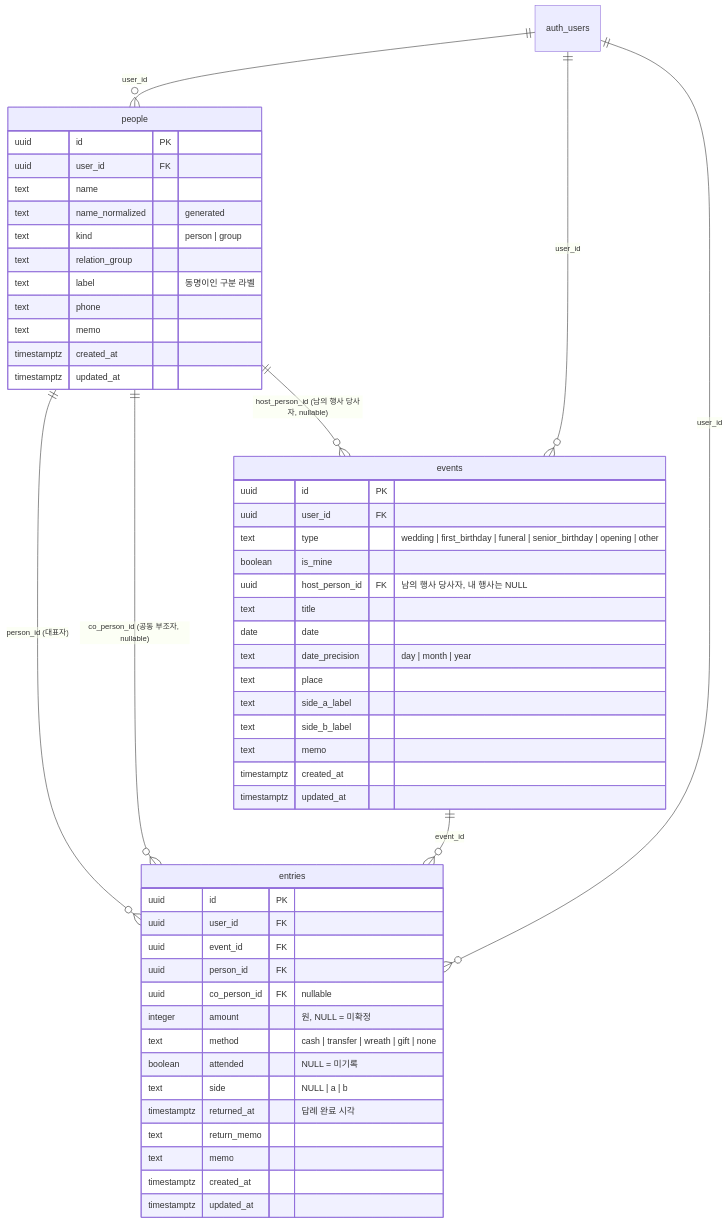
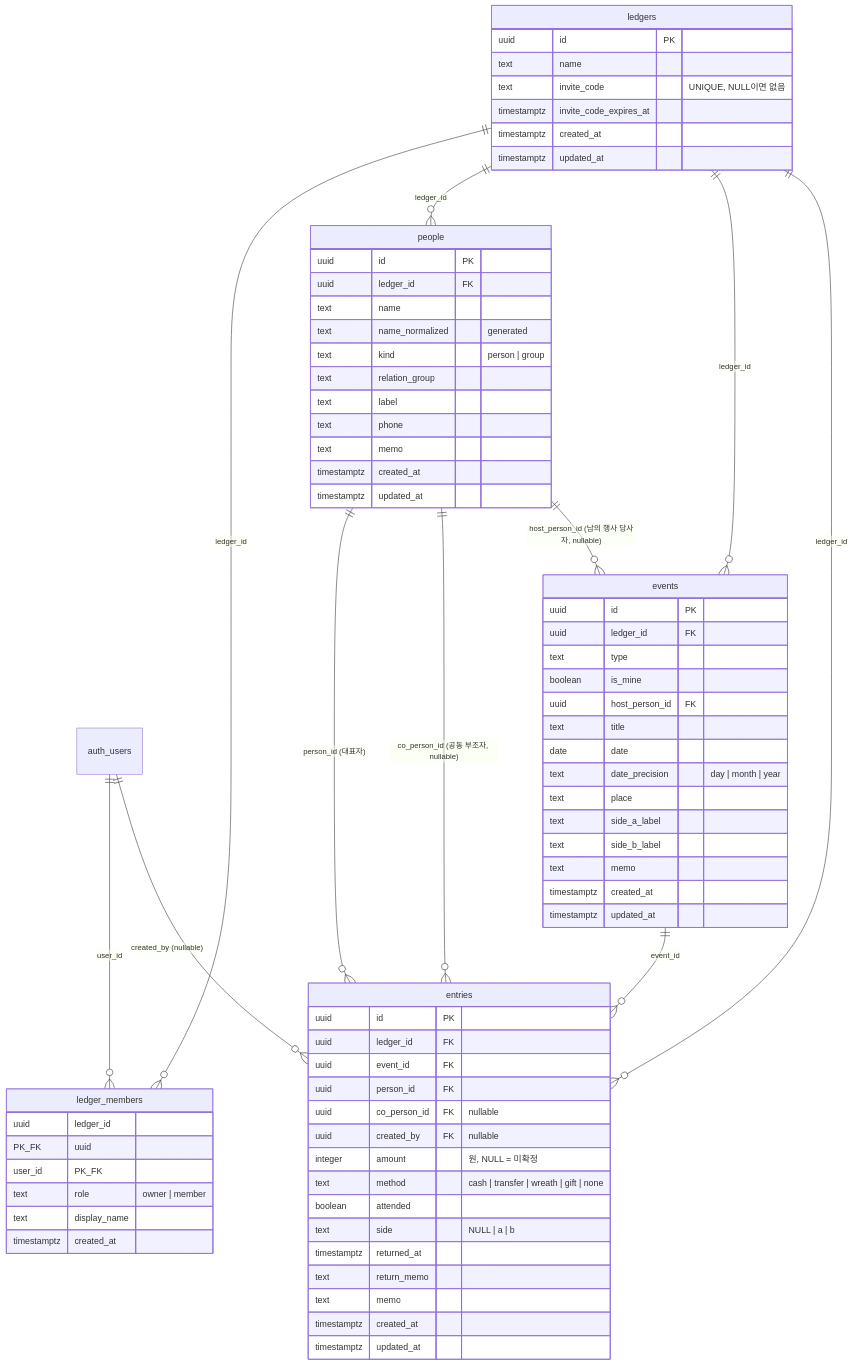
Before and after one commit to cocobanana-spec/returnproject: the diagram in docs/03-data-model.md, drawn with Mermaid. The commit also changed other lines of this file and 5 other files, not shown here.

````diff
--- a/docs/03-data-model.md
+++ b/docs/03-data-model.md
@@ -45,56 +59,75 @@
 ```mermaid
 erDiagram
-    auth_users ||--o{ people : "user_id"
-    auth_users ||--o{ events : "user_id"
-    auth_users ||--o{ entries : "user_id"
+    auth_users ||--o{ ledger_members : "user_id"
+    ledgers ||--o{ ledger_members : "ledger_id"
+    ledgers ||--o{ people : "ledger_id"
+    ledgers ||--o{ events : "ledger_id"
+    ledgers ||--o{ entries : "ledger_id"
     people ||--o{ entries : "person_id (대표자)"
     people ||--o{ entries : "co_person_id (공동 부조자, nullable)"
     people ||--o{ events : "host_person_id (남의 행사 당사자, nullable)"
     events ||--o{ entries : "event_id"
+    auth_users ||--o{ entries : "created_by (nullable)"
 
+    ledgers {
+        uuid id PK
+        text name
+        text invite_code "UNIQUE, NULL이면 없음"
+        timestamptz invite_code_expires_at
+        timestamptz created_at
+        timestamptz updated_at
+    }
+    ledger_members {
+        uuid ledger_id PK_FK
+        uuid user_id PK_FK
+        text role "owner | member"
+        text display_name
+        timestamptz created_at
+    }
     people {
         uuid id PK
-        uuid user_id FK
+        uuid ledger_id FK
         text name
         text name_normalized "generated"
         text kind "person | group"
         text relation_group
-        text label "동명이인 구분 라벨"
+        text label
         text phone
         text memo
         timestamptz created_at
         timestamptz updated_at
     }
     events {
         uuid id PK
-        uuid user_id FK
-        text type "wedding | first_birthday | funeral | senior_birthday | opening | other"
+        uuid ledger_id FK
+        text type
         boolean is_mine
-        uuid host_person_id FK "남의 행사 당사자, 내 행사는 NULL"
+        uuid host_person_id FK
         text title
         date date
         text date_precision "day | month | year"
         text place
         text side_a_label
         text side_b_label
         text memo
         timestamptz created_at
         timestamptz updated_at
     }
     entries {
         uuid id PK
-        uuid user_id FK
+        uuid ledger_id FK
         uuid event_id FK
         uuid person_id FK
         uuid co_person_id FK "nullable"
+        uuid created_by FK "nullable"
         integer amount "원, NULL = 미확정"
         text method "cash | transfer | wreath | gift | none"
-        boolean attended "NULL = 미기록"
+        boolean attended
         text side "NULL | a | b"
-        timestamptz returned_at "답례 완료 시각"
+        timestamptz returned_at
         text return_memo
         text memo
         timestamptz created_at
         timestamptz updated_at
     }
 ```
````
